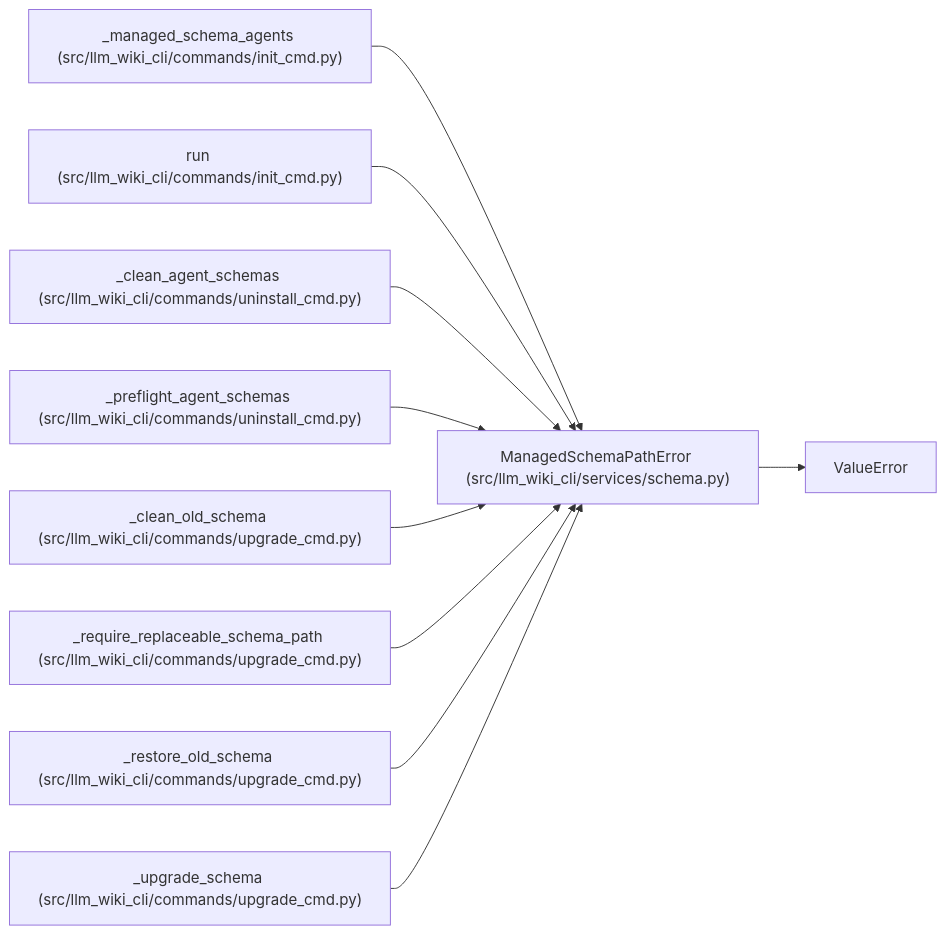
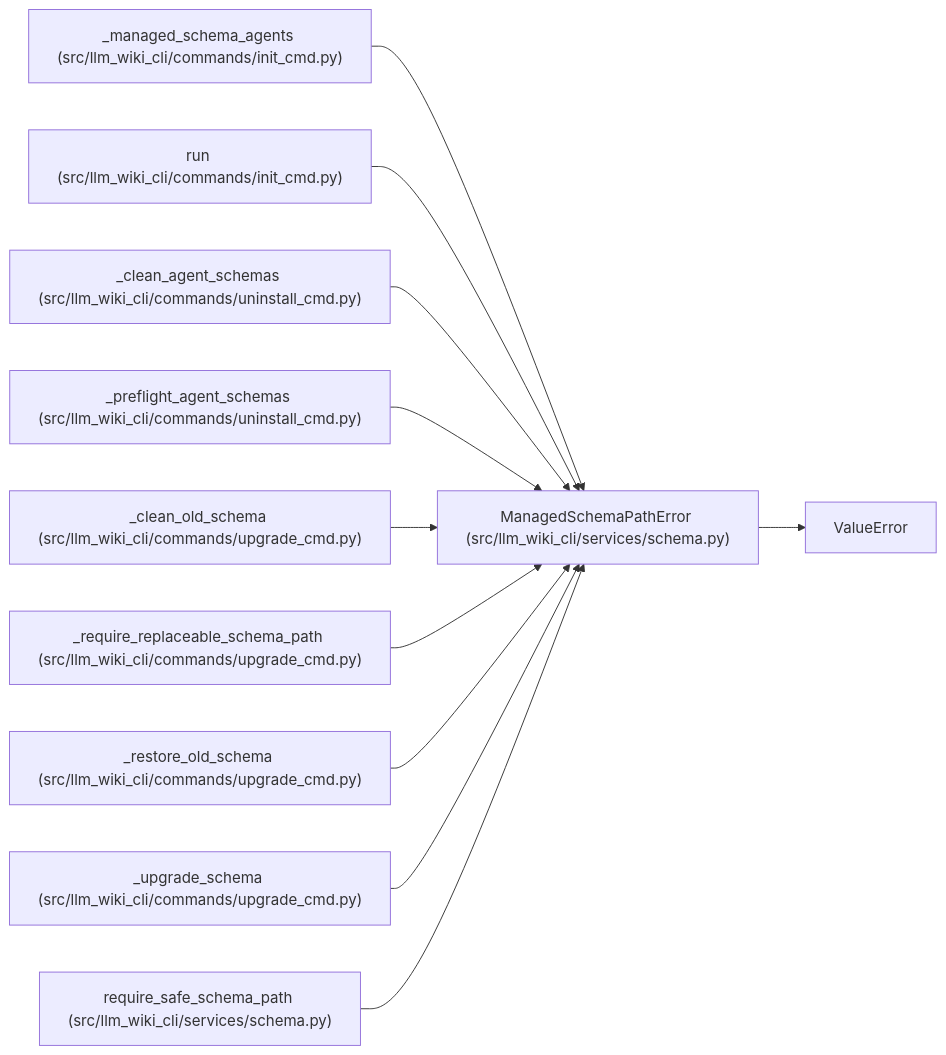
One commit to Denissvgn/python-wiki-llm changed the diagram in docs/llm_wiki/entities/ManagedSchemaPathError.md. Above: the diagram before and after it, drawn with Mermaid. The commit also changed other lines of this file and 493 other files, not shown here.

````diff
--- a/docs/llm_wiki/entities/ManagedSchemaPathError.md
+++ b/docs/llm_wiki/entities/ManagedSchemaPathError.md
@@ -23,31 +23,34 @@
 ```mermaid
 flowchart LR
     n0["ManagedSchemaPathError (src/llm_wiki_cli/services/schema.py)"]
     n1["ValueError"]
     n2["_managed_schema_agents (src/llm_wiki_cli/commands/init_cmd.py)"]
     n3["run (src/llm_wiki_cli/commands/init_cmd.py)"]
     n4["_clean_agent_schemas (src/llm_wiki_cli/commands/uninstall_cmd.py)"]
     n5["_preflight_agent_schemas (src/llm_wiki_cli/commands/uninstall_cmd.py)"]
     n6["_clean_old_schema (src/llm_wiki_cli/commands/upgrade_cmd.py)"]
     n7["_require_replaceable_schema_path (src/llm_wiki_cli/commands/upgrade_cmd.py)"]
     n8["_restore_old_schema (src/llm_wiki_cli/commands/upgrade_cmd.py)"]
     n9["_upgrade_schema (src/llm_wiki_cli/commands/upgrade_cmd.py)"]
+    n10["require_safe_schema_path (src/llm_wiki_cli/services/schema.py)"]
     n0 --> n1
     n2 --> n0
     n3 --> n0
     n4 --> n0
     n5 --> n0
     n6 --> n0
     n7 --> n0
     n8 --> n0
     n9 --> n0
+    n10 --> n0
     click n0 "../modules/services_schema.md"
     click n2 "../modules/init_cmd.md"
     click n3 "../modules/init_cmd.md"
     click n4 "../modules/uninstall_cmd.md"
     click n5 "../modules/uninstall_cmd.md"
     click n6 "../modules/upgrade_cmd.md"
     click n7 "../modules/upgrade_cmd.md"
     click n8 "../modules/upgrade_cmd.md"
     click n9 "../modules/upgrade_cmd.md"
+    click n10 "../modules/services_schema.md"
 ```
````
